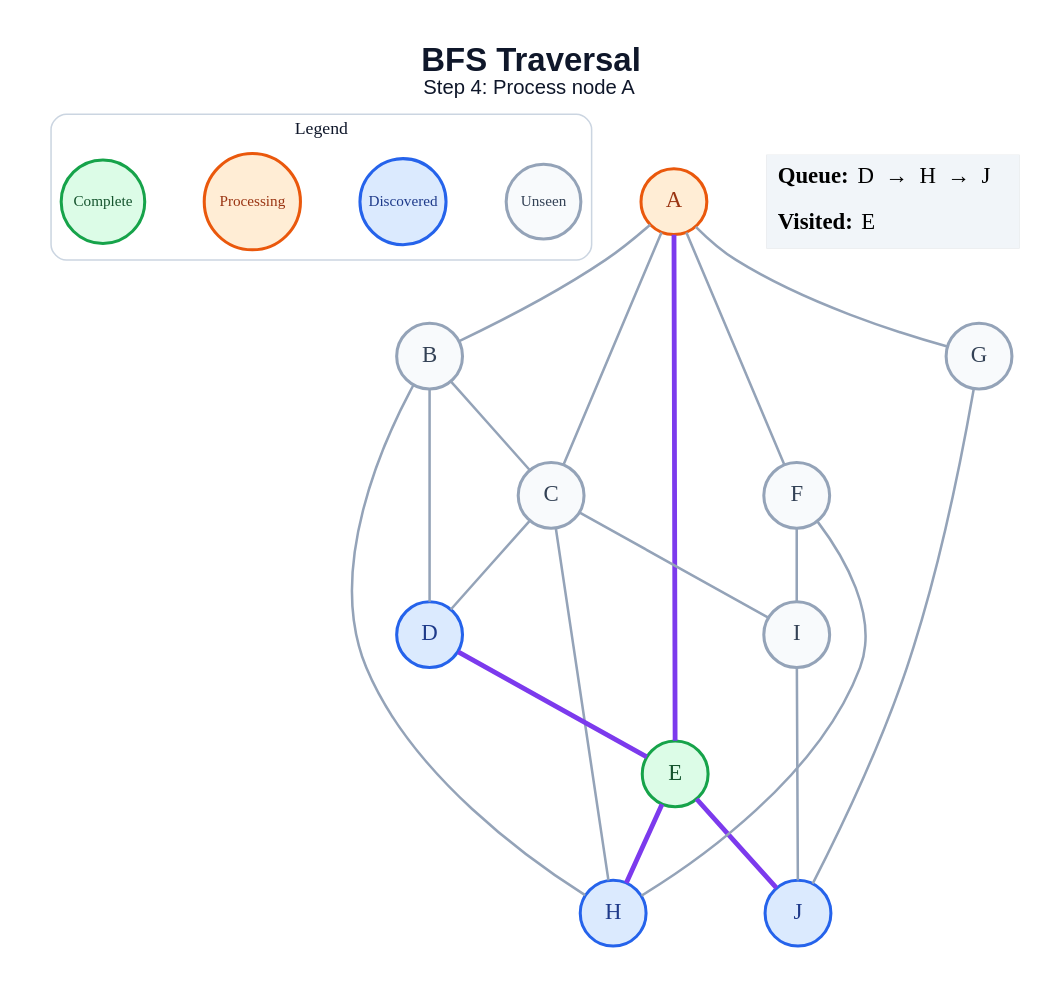
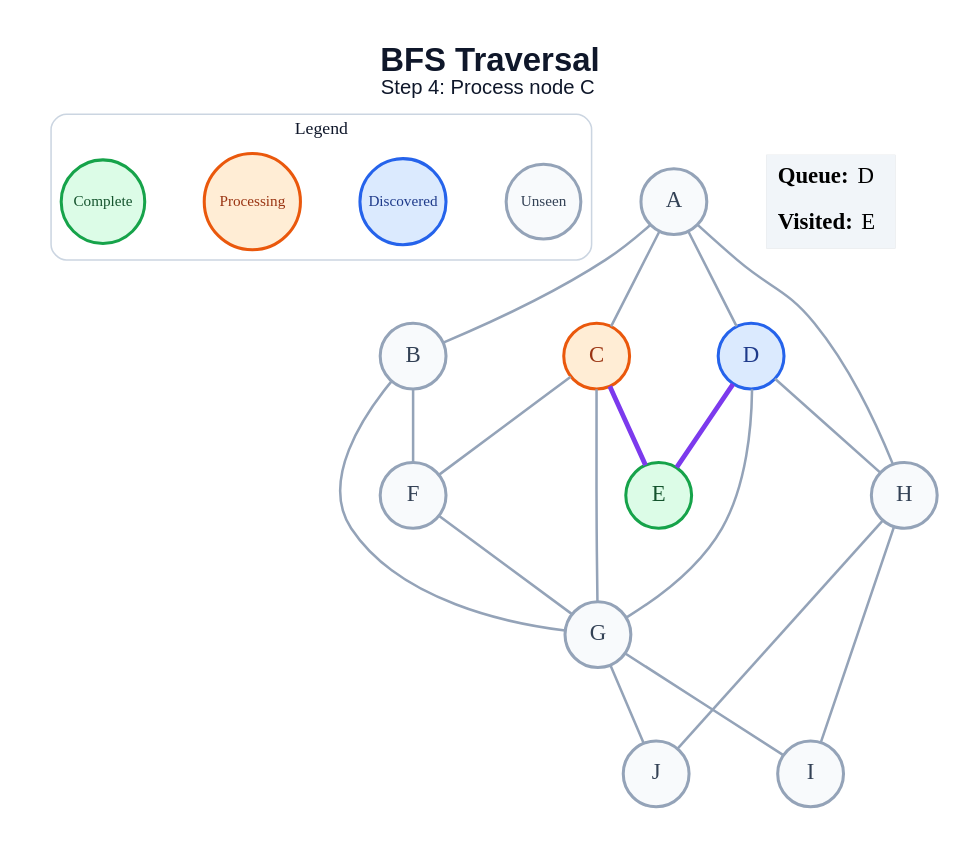
The diagram in generated/specific-node/bfs/step_04.dot (amanghodawala9/ai-slop), drawn with Graphviz before and after one commit. The commit also changed 178 other files, not shown here.

```diff
--- a/generated/specific-node/bfs/step_04.dot
+++ b/generated/specific-node/bfs/step_04.dot
@@ -1,47 +1,46 @@
 graph traversal {
   graph [layout=dot, rankdir=TB, bgcolor="#FFFFFF", pad="0.35", nodesep="0.65", ranksep="0.8", fontname="Arial"];
   node [shape=circle, style="filled", fontname="Arial Bold", fontsize=18, width=0.72, fixedsize=true, penwidth=2.4];
   edge [color="#94A3B8", penwidth=2.0];
-  label=<<B>BFS Traversal</B><BR/><FONT POINT-SIZE="16">Step 4: Process node A</FONT>>; labelloc="t"; fontsize=26; fontname="Arial"; fontcolor="#0F172A";
+  label=<<B>BFS Traversal</B><BR/><FONT POINT-SIZE="16">Step 4: Process node C</FONT>>; labelloc="t"; fontsize=26; fontname="Arial"; fontcolor="#0F172A";
   subgraph cluster_legend { label="Legend"; color="#CBD5E1"; penwidth=1.2; style="rounded"; fontsize=14; fontname="Arial Bold";
     key_unseen [label="Unseen", fillcolor="#F8FAFC", color="#94A3B8", fontcolor="#334155", fontsize=12, width=0.82];
     key_frontier [label="Discovered", fillcolor="#DBEAFE", color="#2563EB", fontcolor="#1E3A8A", fontsize=12, width=0.95];
     key_current [label="Processing", fillcolor="#FFEDD5", color="#EA580C", fontcolor="#9A3412", fontsize=12, width=1.05];
     key_done [label="Complete", fillcolor="#DCFCE7", color="#16A34A", fontcolor="#14532D", fontsize=12, width=0.92];
     { rank=same; key_unseen; key_frontier; key_current; key_done; }
   }
-  A [fillcolor="#FFEDD5", color="#EA580C", fontcolor="#9A3412"];
+  A [fillcolor="#F8FAFC", color="#94A3B8", fontcolor="#334155"];
   B [fillcolor="#F8FAFC", color="#94A3B8", fontcolor="#334155"];
-  C [fillcolor="#F8FAFC", color="#94A3B8", fontcolor="#334155"];
+  C [fillcolor="#FFEDD5", color="#EA580C", fontcolor="#9A3412"];
   D [fillcolor="#DBEAFE", color="#2563EB", fontcolor="#1E3A8A"];
   E [fillcolor="#DCFCE7", color="#16A34A", fontcolor="#14532D"];
   F [fillcolor="#F8FAFC", color="#94A3B8", fontcolor="#334155"];
   G [fillcolor="#F8FAFC", color="#94A3B8", fontcolor="#334155"];
-  H [fillcolor="#DBEAFE", color="#2563EB", fontcolor="#1E3A8A"];
+  H [fillcolor="#F8FAFC", color="#94A3B8", fontcolor="#334155"];
   I [fillcolor="#F8FAFC", color="#94A3B8", fontcolor="#334155"];
-  J [fillcolor="#DBEAFE", color="#2563EB", fontcolor="#1E3A8A"];
+  J [fillcolor="#F8FAFC", color="#94A3B8", fontcolor="#334155"];
   A -- B;
   A -- C;
-  A -- E [color="#7C3AED", penwidth=3.8];
-  A -- F;
-  A -- G;
-  B -- C;
-  B -- D;
-  B -- H;
-  C -- D;
-  C -- H;
-  C -- I;
+  A -- D;
+  A -- H;
+  B -- F;
+  B -- G;
+  C -- E [color="#7C3AED", penwidth=3.8];
+  C -- F;
+  C -- G;
   D -- E [color="#7C3AED", penwidth=3.8];
-  E -- H [color="#7C3AED", penwidth=3.8];
-  E -- J [color="#7C3AED", penwidth=3.8];
-  F -- H;
-  F -- I;
+  D -- G;
+  D -- H;
+  F -- G;
+  G -- I;
   G -- J;
-  I -- J;
+  H -- I;
+  H -- J;
   status [shape=plain, fixedsize=false, width=0, height=0, margin=0, label=<
     <TABLE BORDER="0" CELLBORDER="0" CELLPADDING="7" BGCOLOR="#F1F5F9">
-      <TR><TD ALIGN="LEFT"><B>Queue:</B> D  →  H  →  J</TD></TR>
+      <TR><TD ALIGN="LEFT"><B>Queue:</B> D</TD></TR>
       <TR><TD ALIGN="LEFT"><B>Visited:</B> E</TD></TR>
     </TABLE>
   >];
 }
```
